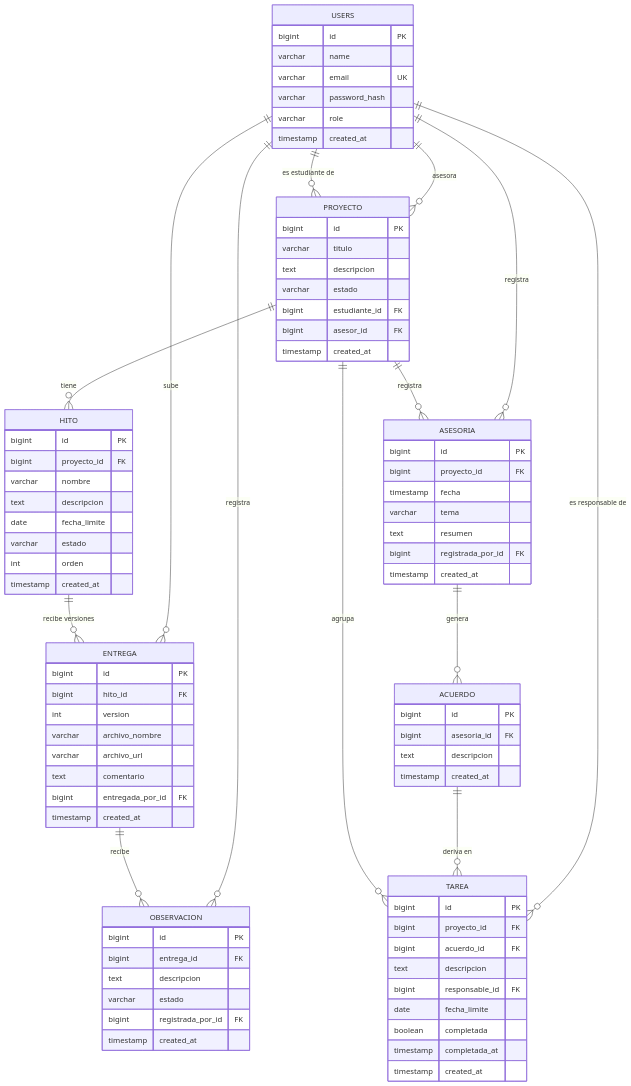
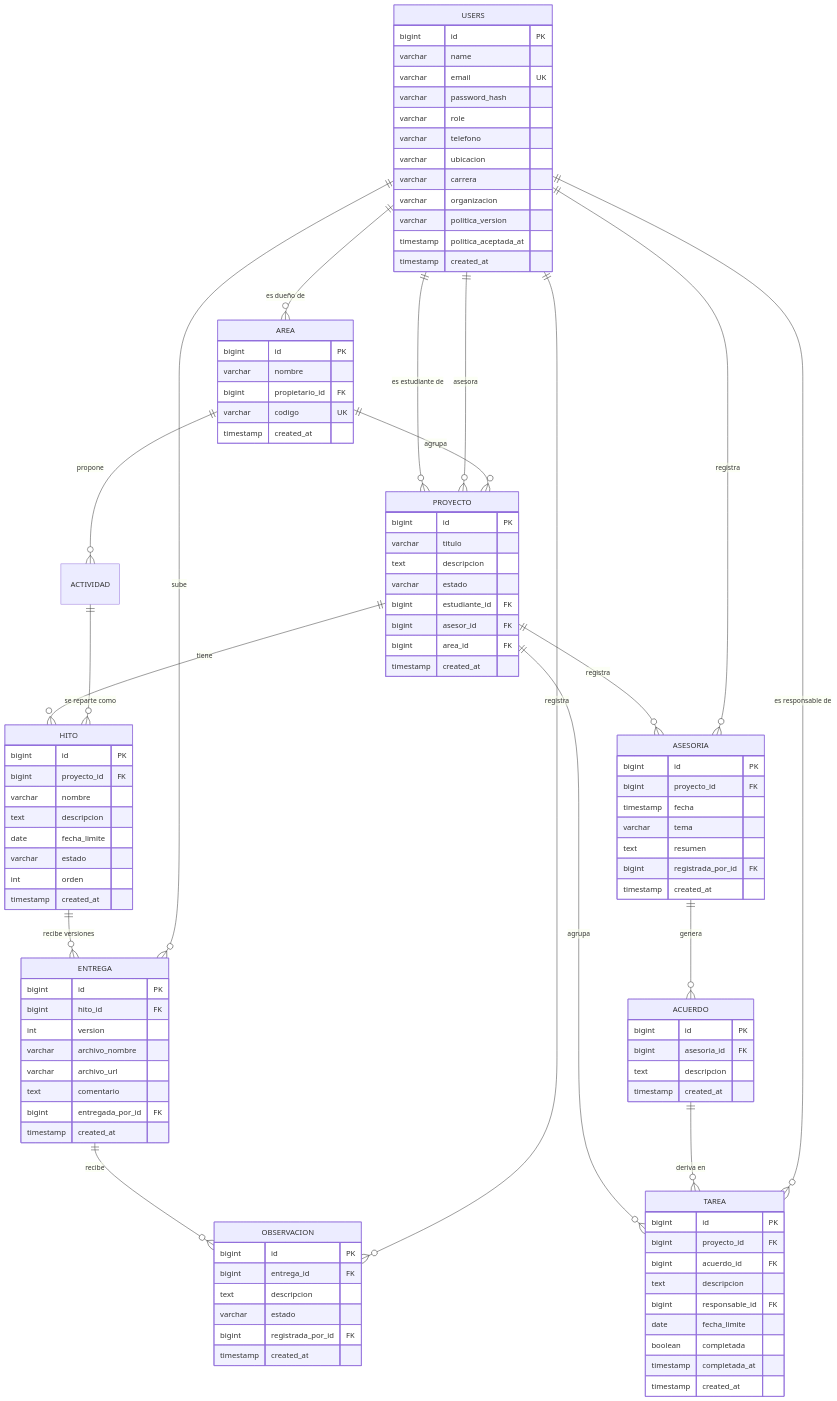
Before and after one commit to kepler04/GESTION-DE-TESIS: the diagram in TesisTrack/03 - Diseño/Base de datos.md, drawn with Mermaid. The commit also changed other lines of this file and 87 other files, not shown here.

```diff
--- a/TesisTrack/03 - Diseño/Base de datos.md
+++ b/TesisTrack/03 - Diseño/Base de datos.md
@@ -30,6 +30,10 @@
     USERS ||--o{ ENTREGA : "sube"
     USERS ||--o{ OBSERVACION : "registra"
     USERS ||--o{ ASESORIA : "registra"
+    USERS ||--o{ AREA : "es dueño de"
+    AREA ||--o{ PROYECTO : "agrupa"
+    AREA ||--o{ ACTIVIDAD : "propone"
+    ACTIVIDAD ||--o{ HITO : "se reparte como"
 
     USERS {
         bigint id PK
@@ -37,6 +41,19 @@
         varchar email UK
         varchar password_hash
         varchar role
+        varchar telefono
+        varchar ubicacion
+        varchar carrera
+        varchar organizacion
+        varchar politica_version
+        timestamp politica_aceptada_at
+        timestamp created_at
+    }
+    AREA {
+        bigint id PK
+        varchar nombre
+        bigint propietario_id FK
+        varchar codigo UK
         timestamp created_at
     }
     PROYECTO {
@@ -46,6 +63,7 @@
         varchar estado
         bigint estudiante_id FK
         bigint asesor_id FK
+        bigint area_id FK
         timestamp created_at
     }
     HITO {
```
